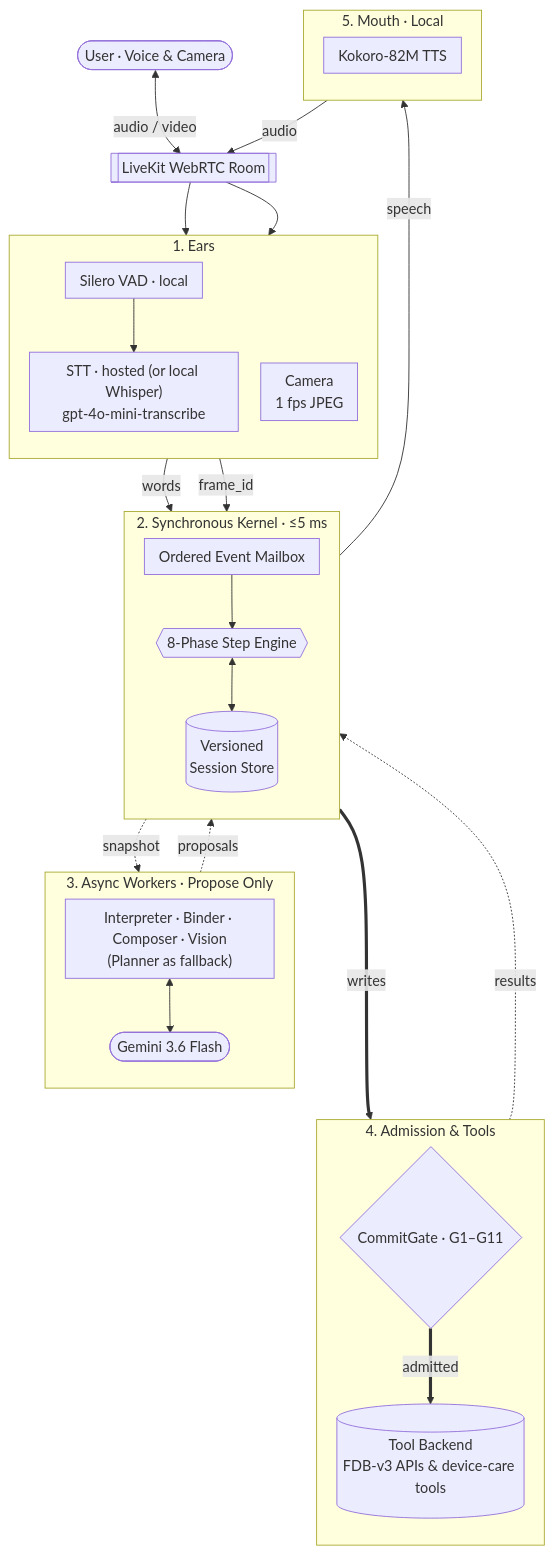
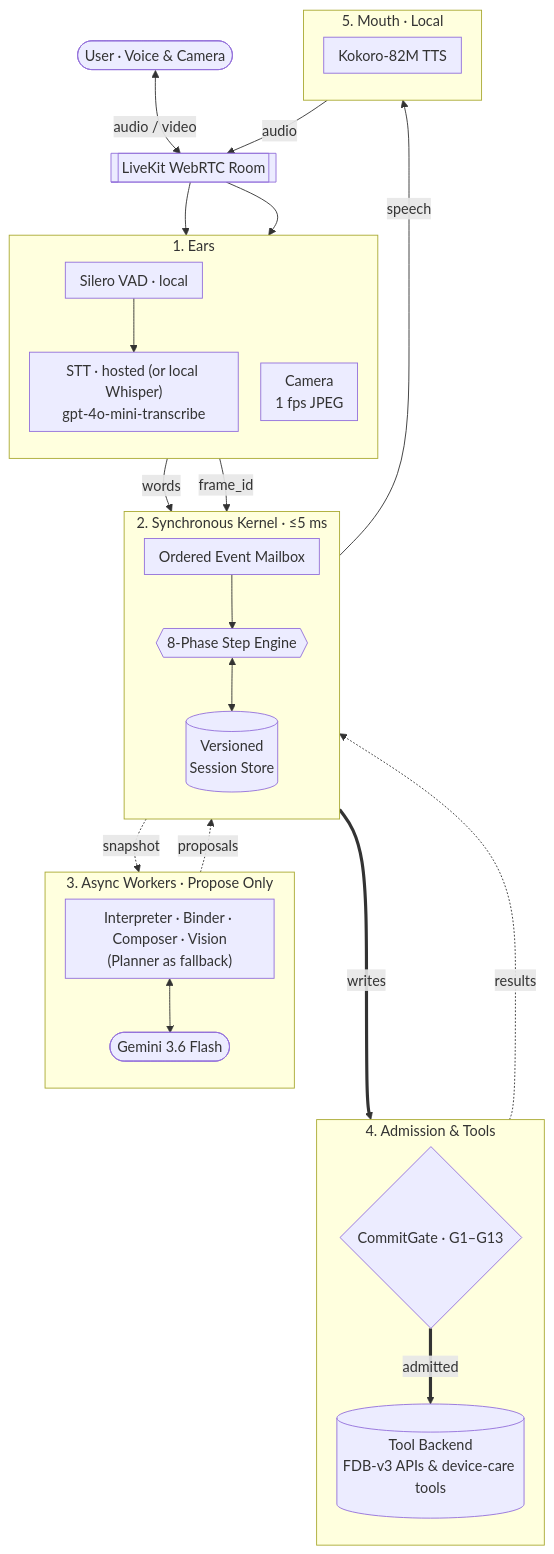
The third of 7 diagrams in README.md (AdithyaSanthosh-P/Janus), drawn with Mermaid before and after one commit. The commit also changed other lines of this file and 9 other files, not shown here.

````diff
--- a/README.md
+++ b/README.md
@@ -172,57 +174,57 @@
 ```mermaid
 %%{init: {'flowchart': {'nodeSpacing': 25, 'rankSpacing': 35, 'padding': 8}}}%%
 flowchart TB
     U(["User · Voice & Camera"])
     ROOM[["LiveKit WebRTC Room"]]
     U <-->|"audio / video"| ROOM
 
     subgraph EARS["1. Ears"]
         direction TB
         VAD["Silero VAD · local"]
         ASR["STT · hosted (or local Whisper)<br/>gpt-4o-mini-transcribe"]
         CAM["Camera<br/>1 fps JPEG"]
         VAD --> ASR
     end
     ROOM --> VAD
     ROOM --> CAM
 
     subgraph KERNEL["2. Synchronous Kernel · ≤5 ms"]
         direction TB
         MAILBOX["Ordered Event Mailbox"]
         ENGINE{{"8-Phase Step Engine"}}
         STORE[("Versioned<br/>Session Store")]
         MAILBOX --> ENGINE
         ENGINE <--> STORE
     end
     ASR -->|words| MAILBOX
     CAM -->|frame_id| MAILBOX
 
     subgraph WORKERS["3. Async Workers · Propose Only"]
         direction TB
         POOL["Interpreter · Binder · Composer · Vision<br/>(Planner as fallback)"]
         LLM(["Gemini 3.6 Flash"])
         POOL <--> LLM
     end
     ENGINE -.->|snapshot| POOL
     POOL -.->|proposals| MAILBOX
 
     subgraph SAFETY["4. Admission & Tools"]
         direction TB
-        GATE{"CommitGate · G1–G11"}
+        GATE{"CommitGate · G1–G13"}
         TOOLS[("Tool Backend<br/>FDB-v3 APIs & device-care tools")]
         GATE ==>|admitted| TOOLS
     end
     ENGINE ==>|writes| GATE
     TOOLS -.->|results| MAILBOX
 
     subgraph MOUTH["5. Mouth · Local"]
         direction TB
         TTS["Kokoro-82M TTS"]
     end
     ENGINE -->|speech| TTS
     TTS -->|audio| ROOM
 
     %% invisible links: force Workers -> Admission -> Mouth to stack vertically
     LLM ~~~ GATE
     TOOLS ~~~ TTS
 ```
````
